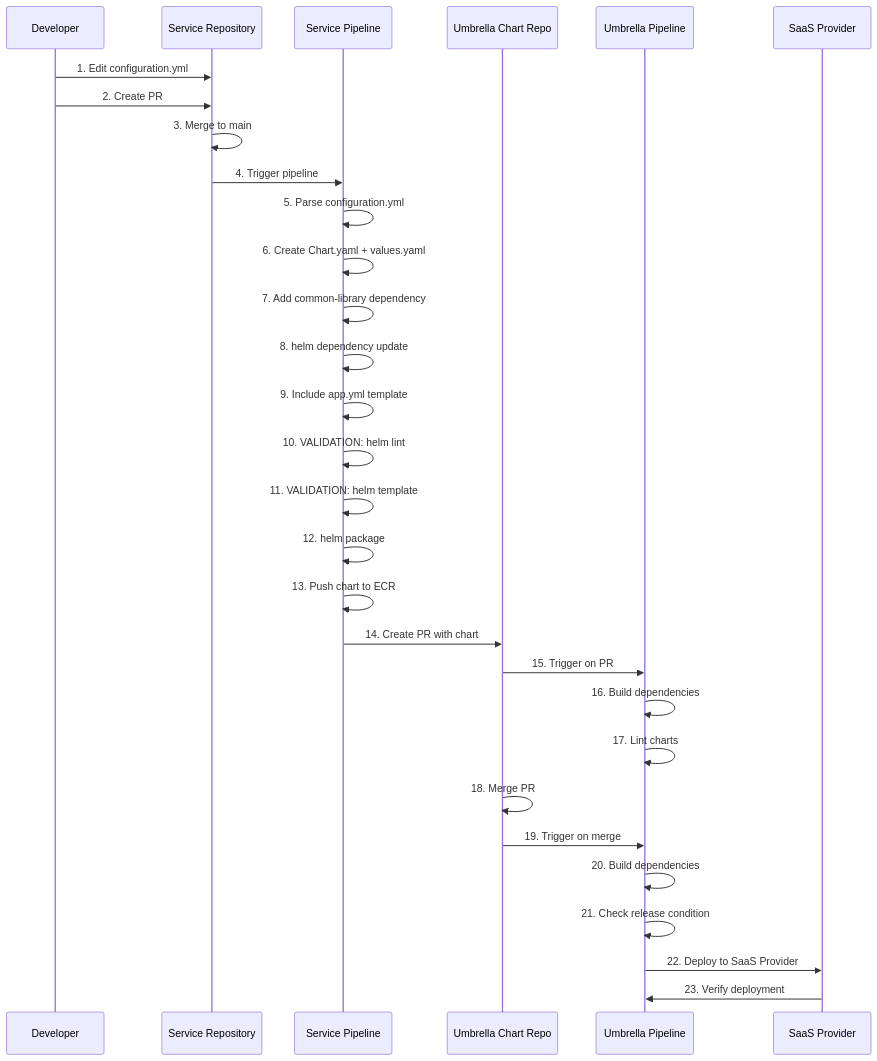
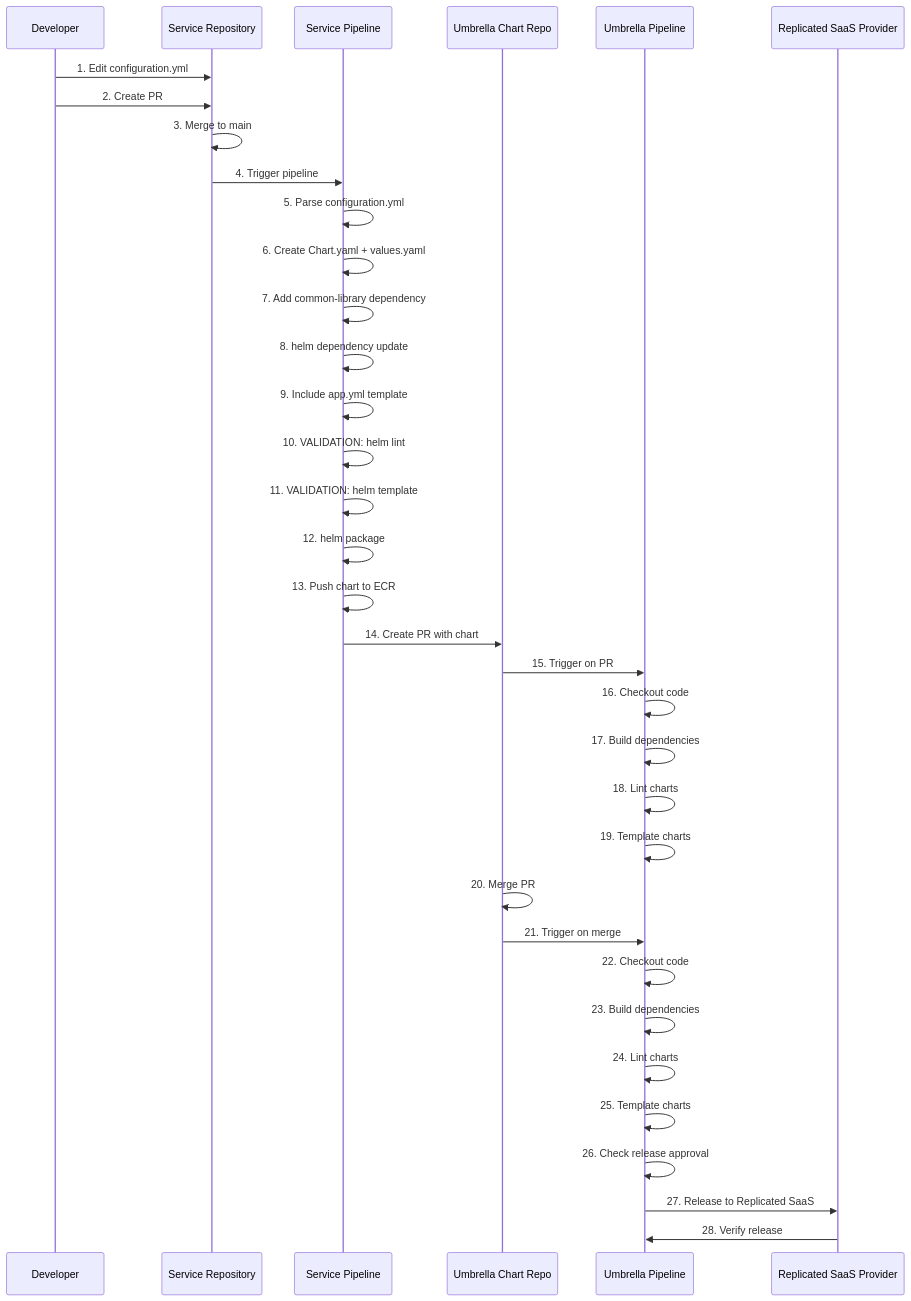
Before and after one commit to caretak3r/helm-factory: the fourth of 11 diagrams in ADR.md, drawn with Mermaid. The commit also changed other lines of this file, not shown here.

````diff
--- a/ADR.md
+++ b/ADR.md
@@ -405,36 +454,41 @@
 ```mermaid
 sequenceDiagram
     participant Dev as Developer
     participant ServiceRepo as Service Repository
     participant ServicePipeline as Service Pipeline
     participant UmbrellaRepo as Umbrella Chart Repo
     participant UmbrellaPipeline as Umbrella Pipeline
-    participant SaaS as SaaS Provider
+    participant REPLICATED as Replicated SaaS Provider
     
     Dev->>ServiceRepo: 1. Edit configuration.yml
     Dev->>ServiceRepo: 2. Create PR
     ServiceRepo->>ServiceRepo: 3. Merge to main
     
     ServiceRepo->>ServicePipeline: 4. Trigger pipeline
     ServicePipeline->>ServicePipeline: 5. Parse configuration.yml
     ServicePipeline->>ServicePipeline: 6. Create Chart.yaml + values.yaml
     ServicePipeline->>ServicePipeline: 7. Add common-library dependency
     ServicePipeline->>ServicePipeline: 8. helm dependency update
     ServicePipeline->>ServicePipeline: 9. Include app.yml template
     ServicePipeline->>ServicePipeline: 10. VALIDATION: helm lint
     ServicePipeline->>ServicePipeline: 11. VALIDATION: helm template
     ServicePipeline->>ServicePipeline: 12. helm package
     ServicePipeline->>ServicePipeline: 13. Push chart to ECR
     ServicePipeline->>UmbrellaRepo: 14. Create PR with chart
     
     UmbrellaRepo->>UmbrellaPipeline: 15. Trigger on PR
-    UmbrellaPipeline->>UmbrellaPipeline: 16. Build dependencies
-    UmbrellaPipeline->>UmbrellaPipeline: 17. Lint charts
+    UmbrellaPipeline->>UmbrellaPipeline: 16. Checkout code
+    UmbrellaPipeline->>UmbrellaPipeline: 17. Build dependencies
+    UmbrellaPipeline->>UmbrellaPipeline: 18. Lint charts
+    UmbrellaPipeline->>UmbrellaPipeline: 19. Template charts
     
-    UmbrellaRepo->>UmbrellaRepo: 18. Merge PR
-    UmbrellaRepo->>UmbrellaPipeline: 19. Trigger on merge
-    UmbrellaPipeline->>UmbrellaPipeline: 20. Build dependencies
-    UmbrellaPipeline->>UmbrellaPipeline: 21. Check release condition
-    UmbrellaPipeline->>SaaS: 22. Deploy to SaaS Provider
-    SaaS->>UmbrellaPipeline: 23. Verify deployment
+    UmbrellaRepo->>UmbrellaRepo: 20. Merge PR
+    UmbrellaRepo->>UmbrellaPipeline: 21. Trigger on merge
+    UmbrellaPipeline->>UmbrellaPipeline: 22. Checkout code
+    UmbrellaPipeline->>UmbrellaPipeline: 23. Build dependencies
+    UmbrellaPipeline->>UmbrellaPipeline: 24. Lint charts
+    UmbrellaPipeline->>UmbrellaPipeline: 25. Template charts
+    UmbrellaPipeline->>UmbrellaPipeline: 26. Check release approval
+    UmbrellaPipeline->>REPLICATED: 27. Release to Replicated SaaS
+    REPLICATED->>UmbrellaPipeline: 28. Verify release
 ```
````
